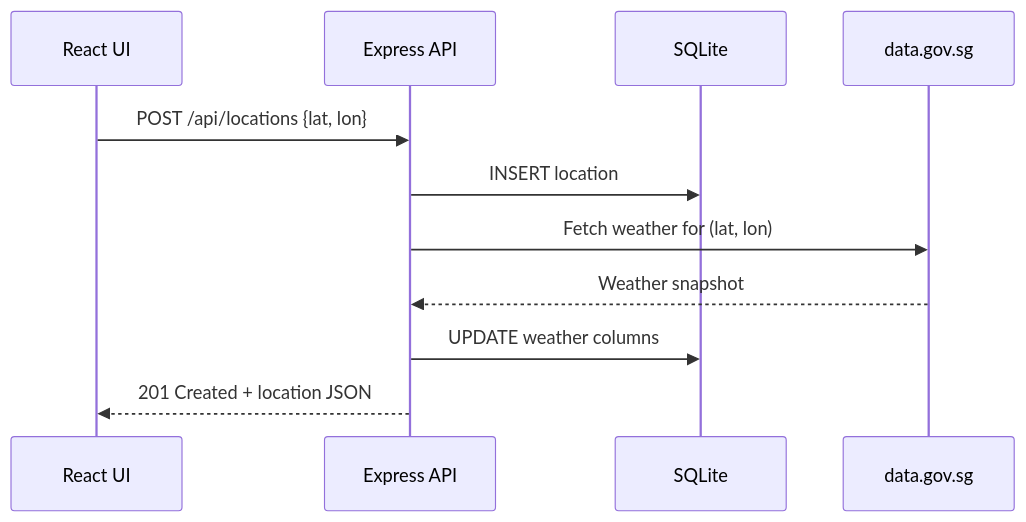
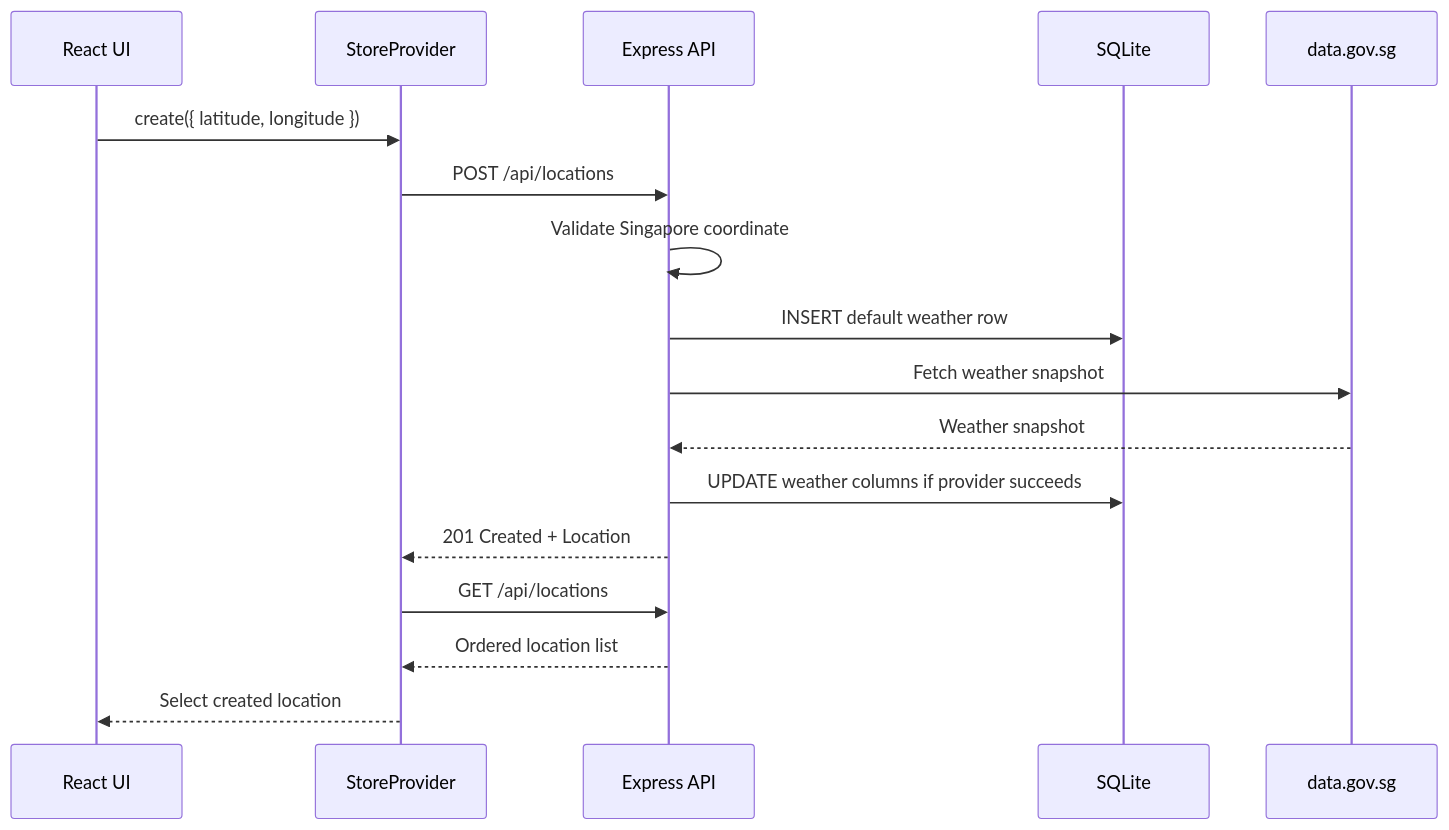
The first of 2 diagrams in docs/src/content/docs/guides/adding-locations.md (optiflow/sg-weather-ops-dashboard), drawn with Mermaid before and after one commit. The commit also changed other lines of this file and 7 other files, not shown here.

````diff
--- a/docs/src/content/docs/guides/adding-locations.md
+++ b/docs/src/content/docs/guides/adding-locations.md
@@ -24,14 +34,20 @@
 ```mermaid
 sequenceDiagram
   participant UI as React UI
+  participant Store as StoreProvider
   participant API as Express API
   participant DB as SQLite
   participant Gov as data.gov.sg
 
-  UI->>API: POST /api/locations {lat, lon}
-  API->>DB: INSERT location
-  API->>Gov: Fetch weather for (lat, lon)
+  UI->>Store: create({ latitude, longitude })
+  Store->>API: POST /api/locations
+  API->>API: Validate Singapore coordinate
+  API->>DB: INSERT default weather row
+  API->>Gov: Fetch weather snapshot
   Gov-->>API: Weather snapshot
-  API->>DB: UPDATE weather columns
-  API-->>UI: 201 Created + location JSON
+  API->>DB: UPDATE weather columns if provider succeeds
+  API-->>Store: 201 Created + Location
+  Store->>API: GET /api/locations
+  API-->>Store: Ordered location list
+  Store-->>UI: Select created location
 ```
````
